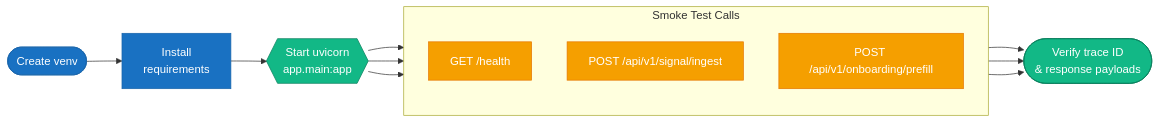
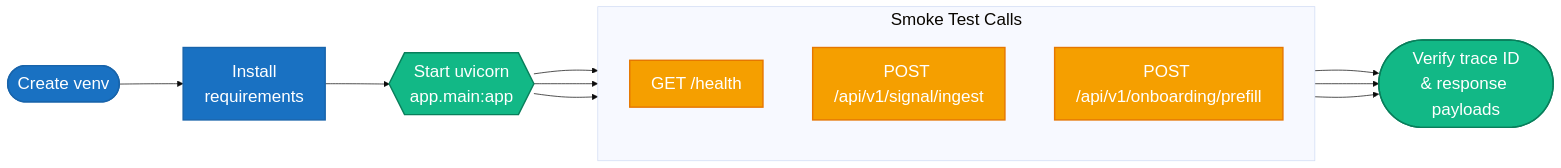
One commit to sehgalnamit/udp2-living-risk-engine changed the diagram in docs/local-deployment.md. Above: the diagram before and after it, drawn with Mermaid. The commit also changed 7 other files, not shown here.

Commit message:
Increase Mermaid diagram font size and disable max-width for better visibility

````diff
--- a/docs/local-deployment.md
+++ b/docs/local-deployment.md
@@ -7,23 +7,24 @@
 ```mermaid
+%%{init: {'theme': 'base', 'themeVariables': {'fontSize': '24px'}, 'flowchart': {'useMaxWidth': false, 'nodeSpacing': 70, 'rankSpacing': 90}}}%%
 flowchart LR
-    classDef setup fill:#1971C2,color:#fff,stroke:#1864AB,stroke-width:1px;
-    classDef run fill:#12B886,color:#fff,stroke:#087F5B,stroke-width:1px;
-    classDef verify fill:#F59F00,color:#fff,stroke:#E67700,stroke-width:1px;
+    classDef setup fill:#1971C2,color:#fff,stroke:#1864AB,stroke-width:2px;
+    classDef run fill:#12B886,color:#fff,stroke:#087F5B,stroke-width:2px;
+    classDef verify fill:#F59F00,color:#fff,stroke:#E67700,stroke-width:2px;
 
     A([Create venv]):::setup --> B[Install\nrequirements]:::setup
     B --> C{{Start uvicorn\napp.main:app}}:::run
 
     subgraph Checks["Smoke Test Calls"]
         direction TB
         D[GET /health]:::verify
         E[POST /api/v1/signal/ingest]:::verify
         F[POST /api/v1/onboarding/prefill]:::verify
     end
 
     C --> D
     C --> E
     C --> F
     D --> G([Verify trace ID\n& response payloads]):::run
     E --> G
     F --> G
 ```
````
